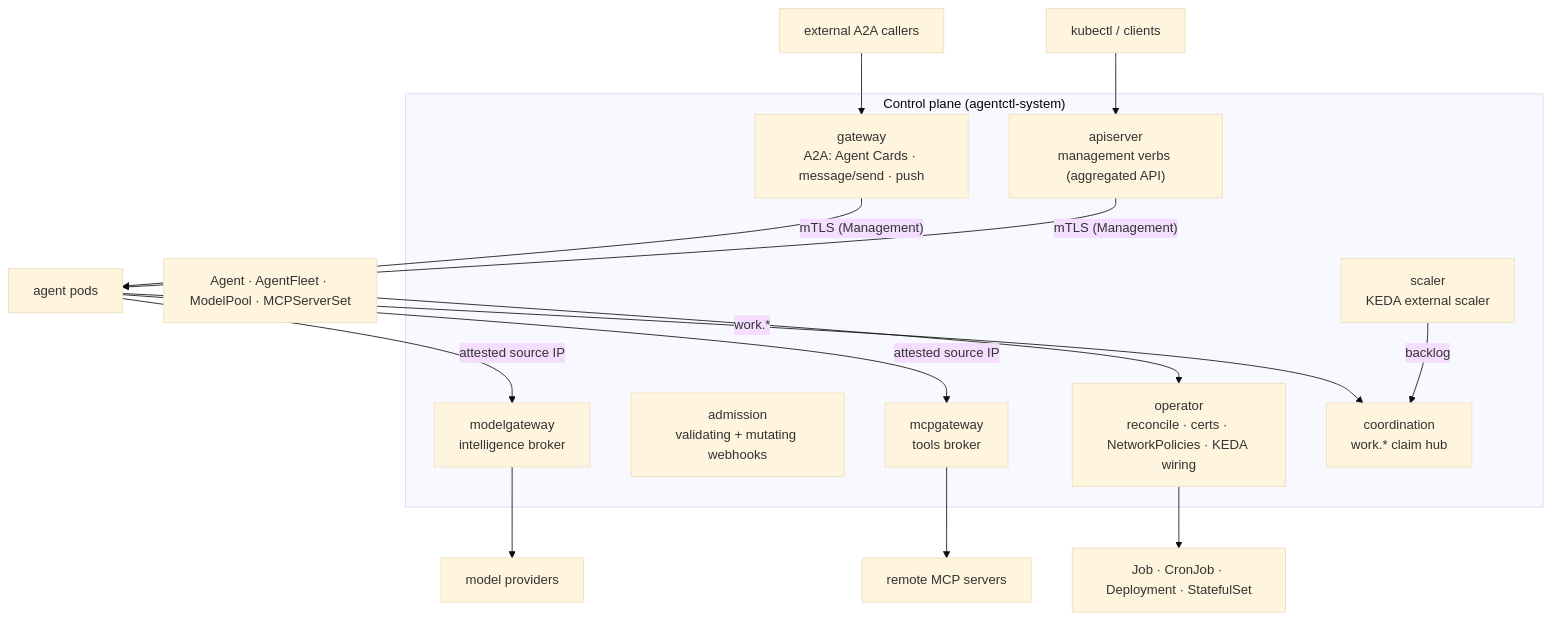
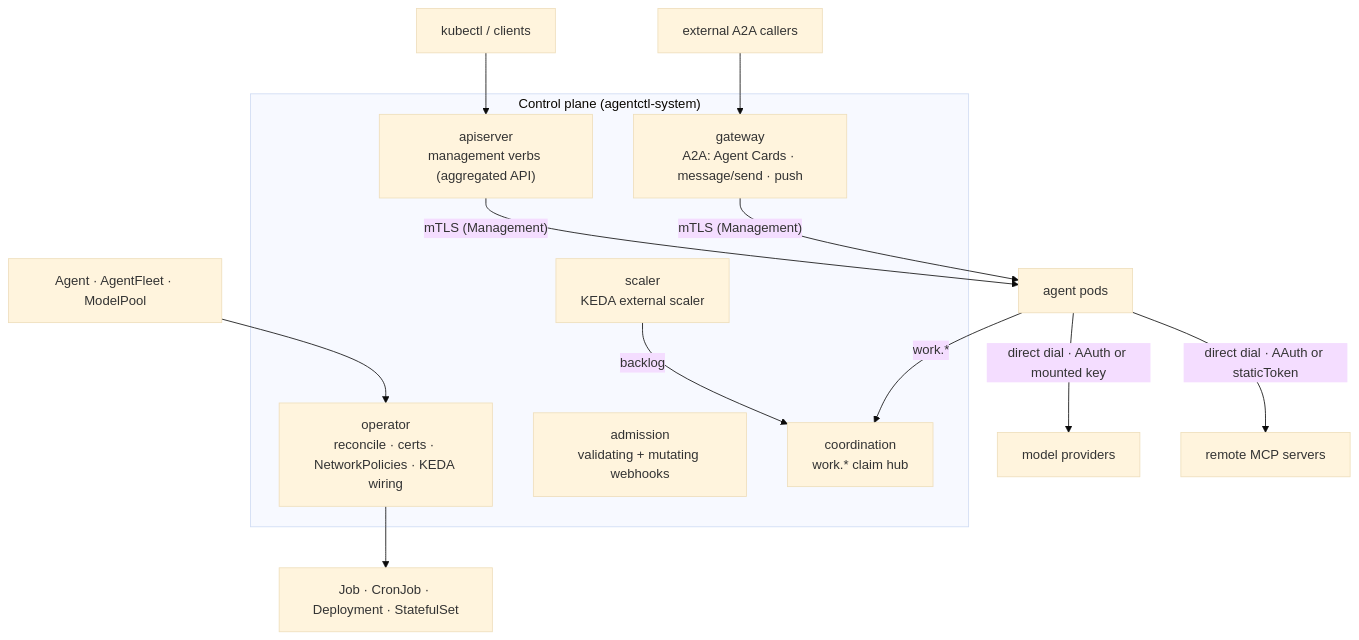
Before and after one commit to AgentCTL-dev/source-code: the diagram in README.md, drawn with Mermaid (base theme). The commit also changed other lines of this file and 105 other files, not shown here.

````diff
--- a/README.md
+++ b/README.md
@@ -51,26 +56,24 @@
 ```mermaid
 flowchart TB
   subgraph cp["Control plane (agentctl-system)"]
     operator["operator<br/>reconcile · certs · NetworkPolicies · KEDA wiring"]
     apiserver["apiserver<br/>management verbs (aggregated API)"]
     admission["admission<br/>validating + mutating webhooks"]
     gateway["gateway<br/>A2A: Agent Cards · message/send · push"]
-    modelgateway["modelgateway<br/>intelligence broker"]
-    mcpgateway["mcpgateway<br/>tools broker"]
     coordination["coordination<br/>work.* claim hub"]
     scaler["scaler<br/>KEDA external scaler"]
   end
 
   user["kubectl / clients"] --> apiserver
-  crs["Agent · AgentFleet · ModelPool · MCPServerSet"] --> operator
+  crs["Agent · AgentFleet · ModelPool"] --> operator
   operator --> workloads["Job · CronJob · Deployment · StatefulSet"]
 
   a2a["external A2A callers"] --> gateway
   gateway -- mTLS (Management) --> agents["agent pods"]
   apiserver -- mTLS (Management) --> agents
 
-  agents -- attested source IP --> modelgateway --> providers["model providers"]
-  agents -- attested source IP --> mcpgateway --> mcpservers["remote MCP servers"]
+  agents -- "direct dial · AAuth or mounted key" --> providers["model providers"]
+  agents -- "direct dial · AAuth or staticToken" --> mcpservers["remote MCP servers"]
   agents -- work.* --> coordination
   scaler -- backlog --> coordination
 ```
````
